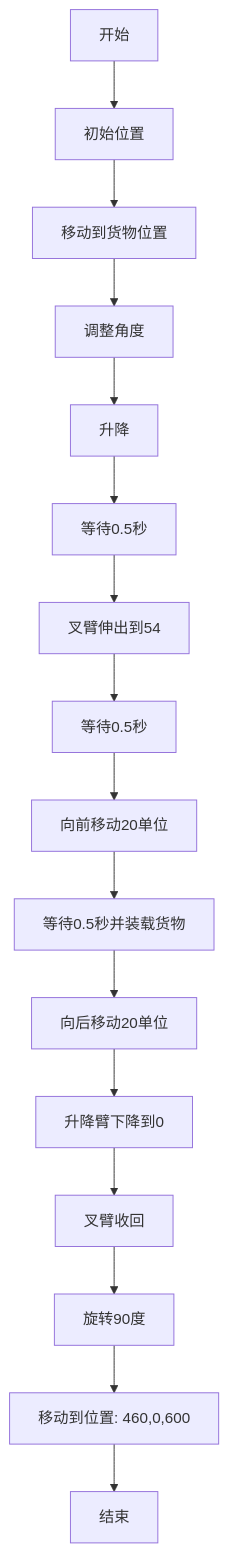
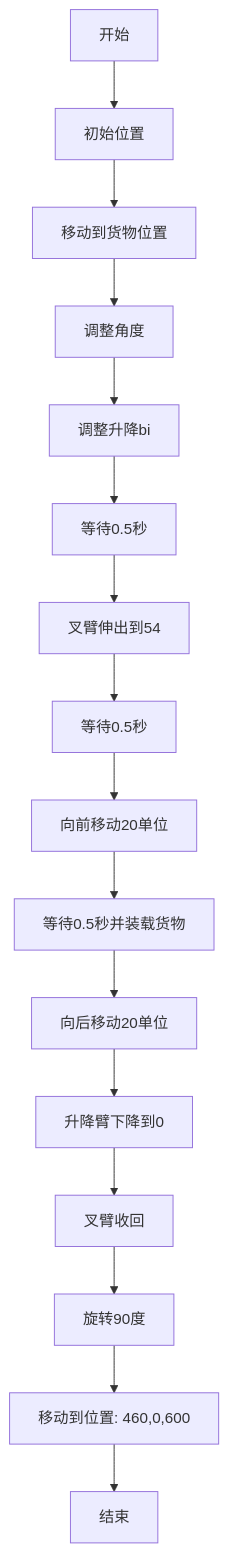
One commit to Mrmilu212/iodraw-files changed the diagram in all/未命名-1.md. Above: the diagram before and after it, drawn with Mermaid.

Commit message:
2025-05-20 14:22:38 update

````diff
--- a/all/未命名-1.md
+++ b/all/未命名-1.md
@@ -1,18 +1,18 @@
 ```mermaid
 graph TD
     A[开始] --> B[初始位置]
     B --> C[移动到货物位置]
     C --> D[调整角度]
-    D --> E[升降]
+    D --> E[调整升降bi]
     E --> F[等待0.5秒]
     F --> G[叉臂伸出到54]
     G --> H[等待0.5秒]
     H --> I[向前移动20单位]
     I --> J[等待0.5秒并装载货物]
     J --> K[向后移动20单位]
     K --> L[升降臂下降到0]
     L --> M[叉臂收回]
     M --> N[旋转90度]
     N --> O[移动到位置: 460,0,600]
     O --> P[结束]
 ```
````
